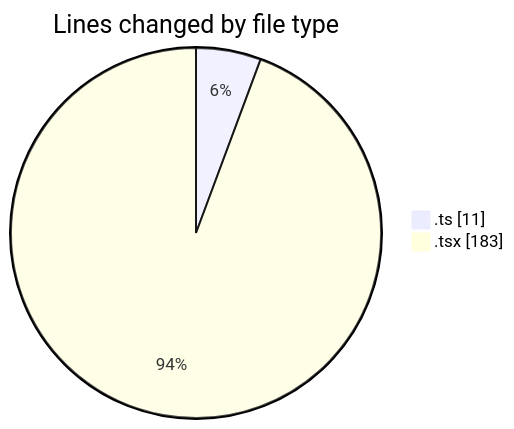
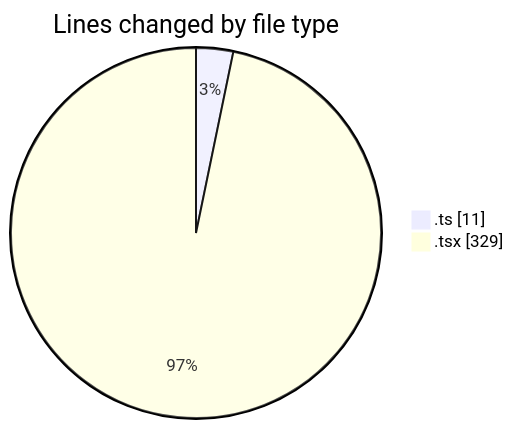
One commit to momahboobian/code-tracking changed the first of 2 diagrams in 2025-03-21/cda/README.md. Above: the diagram before and after it, drawn with Mermaid. The commit also changed other lines of this file and 1 other file, not shown here.

````diff
--- a/2025-03-21/cda/README.md
+++ b/2025-03-21/cda/README.md
@@ -22,6 +23,6 @@
 ```mermaid
 pie showData
 title Lines changed by file type
 ".ts" : 11
-".tsx" : 183
+".tsx" : 329
 ```
````
